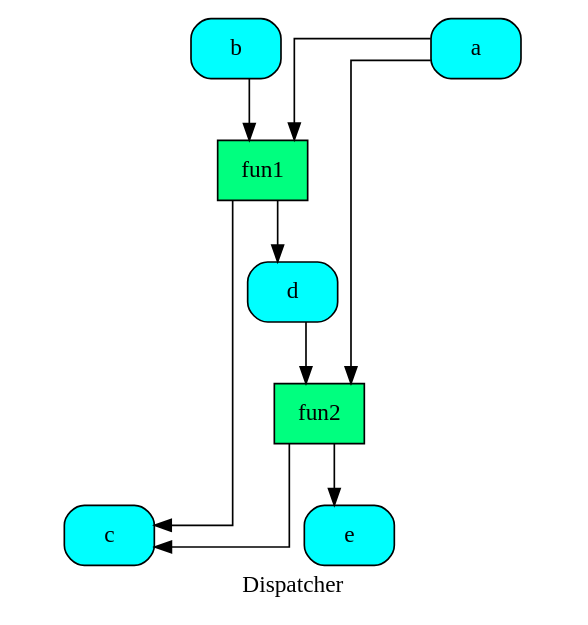
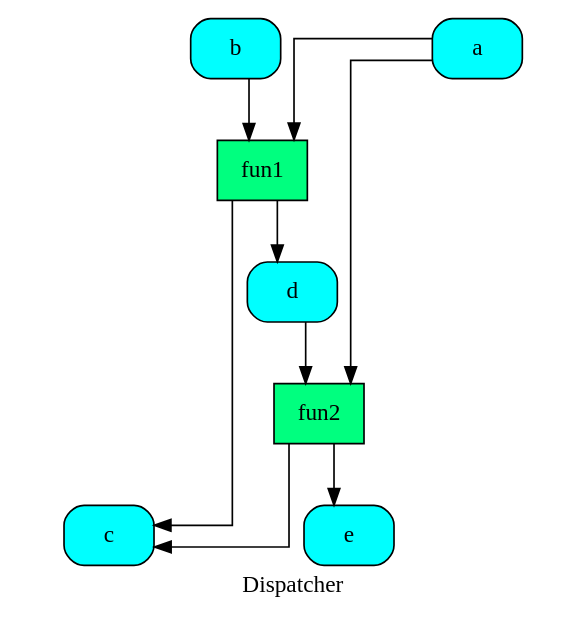
One commit to vinci1it2000/schedula changed the diagram in doc/dispatcher/__init__/get_sub_dsp/dsp.dot. Above: the diagram before and after it, drawn with Graphviz. The commit also changed 26 other files, not shown here.

```diff
--- a/doc/dispatcher/__init__/get_sub_dsp/dsp.dot
+++ b/doc/dispatcher/__init__/get_sub_dsp/dsp.dot
@@ -1,21 +1,21 @@
 digraph Dispatcher {
 	graph [ratio=1]
 	node [style=filled]
+	splines = ortho
 	label = "Dispatcher"
-	splines = ortho
-		Dispatcher_483858525469303520 [label="{ a  }" fillcolor=cyan shape=Mrecord]
-		"Dispatcher_-2444876131868221513" [label="{ e  }" fillcolor=cyan shape=Mrecord]
-		"Dispatcher_-8490501165579404505" [label="{ b  }" fillcolor=cyan shape=Mrecord]
-		Dispatcher_2483061293966101162 [label="{ c  }" fillcolor=cyan shape=Mrecord]
-		Dispatcher_7097492771640920463 [label="{ fun1  }" fillcolor=springgreen shape=record]
-		Dispatcher_8780722260480619695 [label="{ fun2  }" fillcolor=springgreen shape=record]
-		"Dispatcher_-4481680193965843537" [label="{ d  }" fillcolor=cyan shape=Mrecord]
-			Dispatcher_483858525469303520 -> Dispatcher_8780722260480619695
-			Dispatcher_483858525469303520 -> Dispatcher_7097492771640920463
-			"Dispatcher_-8490501165579404505" -> Dispatcher_7097492771640920463
-			Dispatcher_7097492771640920463 -> Dispatcher_2483061293966101162
-			Dispatcher_7097492771640920463 -> "Dispatcher_-4481680193965843537"
-			Dispatcher_8780722260480619695 -> Dispatcher_2483061293966101162
-			Dispatcher_8780722260480619695 -> "Dispatcher_-2444876131868221513"
-			"Dispatcher_-4481680193965843537" -> Dispatcher_8780722260480619695
+		"Dispatcher_-1175269246483043839" [label="{ fun2  }" fillcolor=springgreen shape=record]
+		"Dispatcher_-7525193253846915964" [label="{ c  }" fillcolor=cyan shape=Mrecord]
+		"Dispatcher_-4863238121632644504" [label="{ b  }" fillcolor=cyan shape=Mrecord]
+		Dispatcher_8721549986406843372 [label="{ fun1  }" fillcolor=springgreen shape=record]
+		Dispatcher_2204486394149653195 [label="{ d  }" fillcolor=cyan shape=Mrecord]
+		Dispatcher_5281915415694126460 [label="{ a  }" fillcolor=cyan shape=Mrecord]
+		Dispatcher_7743958079038773021 [label="{ e  }" fillcolor=cyan shape=Mrecord]
+			"Dispatcher_-1175269246483043839" -> "Dispatcher_-7525193253846915964"
+			"Dispatcher_-1175269246483043839" -> Dispatcher_7743958079038773021
+			"Dispatcher_-4863238121632644504" -> Dispatcher_8721549986406843372
+			Dispatcher_8721549986406843372 -> Dispatcher_2204486394149653195
+			Dispatcher_8721549986406843372 -> "Dispatcher_-7525193253846915964"
+			Dispatcher_2204486394149653195 -> "Dispatcher_-1175269246483043839"
+			Dispatcher_5281915415694126460 -> "Dispatcher_-1175269246483043839"
+			Dispatcher_5281915415694126460 -> Dispatcher_8721549986406843372
 }
```
